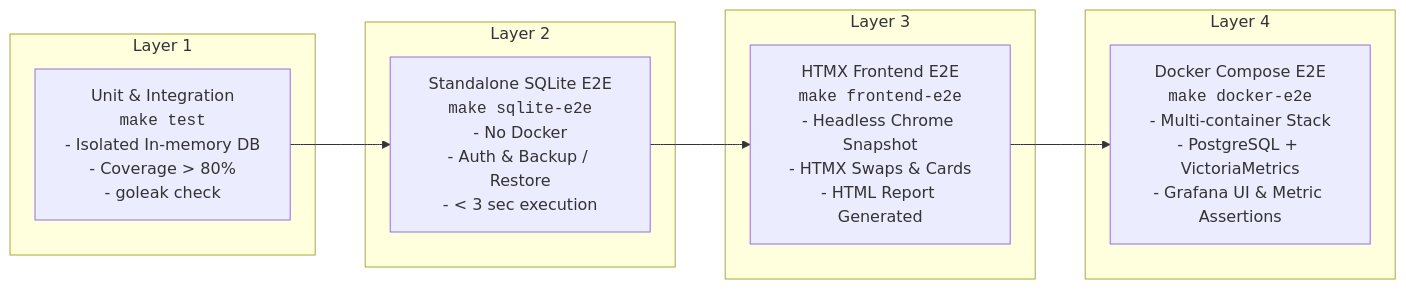
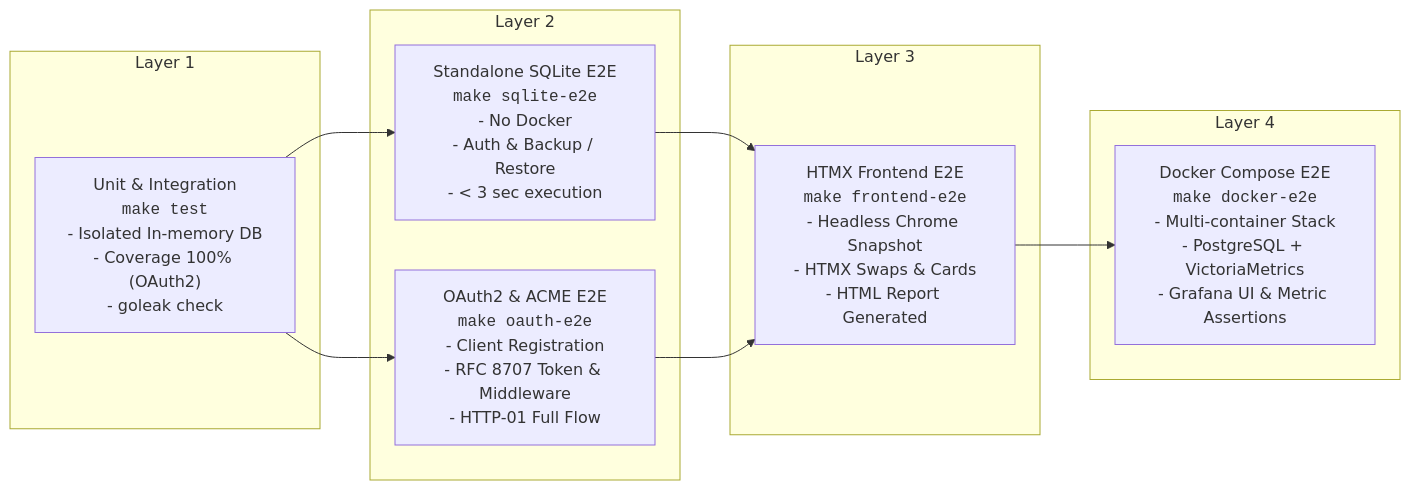
The second of 2 diagrams in docs/architecture.md (sh0jitmy/go-oauth-client-credentials-grant), drawn with Mermaid before and after one commit. The commit also changed other lines of this file and 3 other files, not shown here.

Commit message:
docs: update README, architecture, and agent guidelines for OAuth2 system

````diff
--- a/docs/architecture.md
+++ b/docs/architecture.md
@@ -112,17 +141,22 @@
 ```mermaid
 graph LR
     subgraph "Layer 1"
-        L1["Unit & Integration<br/><code>make test</code><br/>- Isolated In-memory DB<br/>- Coverage > 80%<br/>- goleak check"]
+        L1["Unit & Integration<br/><code>make test</code><br/>- Isolated In-memory DB<br/>- Coverage 100% (OAuth2)<br/>- goleak check"]
     end
     subgraph "Layer 2"
-        L2["Standalone SQLite E2E<br/><code>make sqlite-e2e</code><br/>- No Docker<br/>- Auth & Backup / Restore<br/>- < 3 sec execution"]
+        L2A["Standalone SQLite E2E<br/><code>make sqlite-e2e</code><br/>- No Docker<br/>- Auth & Backup / Restore<br/>- < 3 sec execution"]
+        L2B["OAuth2 & ACME E2E<br/><code>make oauth-e2e</code><br/>- Client Registration<br/>- RFC 8707 Token & Middleware<br/>- HTTP-01 Full Flow"]
     end
     subgraph "Layer 3"
         L3["HTMX Frontend E2E<br/><code>make frontend-e2e</code><br/>- Headless Chrome Snapshot<br/>- HTMX Swaps & Cards<br/>- HTML Report Generated"]
     end
     subgraph "Layer 4"
         L4["Docker Compose E2E<br/><code>make docker-e2e</code><br/>- Multi-container Stack<br/>- PostgreSQL + VictoriaMetrics<br/>- Grafana UI & Metric Assertions"]
     end
     
-    L1 --> L2 --> L3 --> L4
+    L1 --> L2A
+    L1 --> L2B
+    L2A --> L3
+    L2B --> L3
+    L3 --> L4
 ```
````
